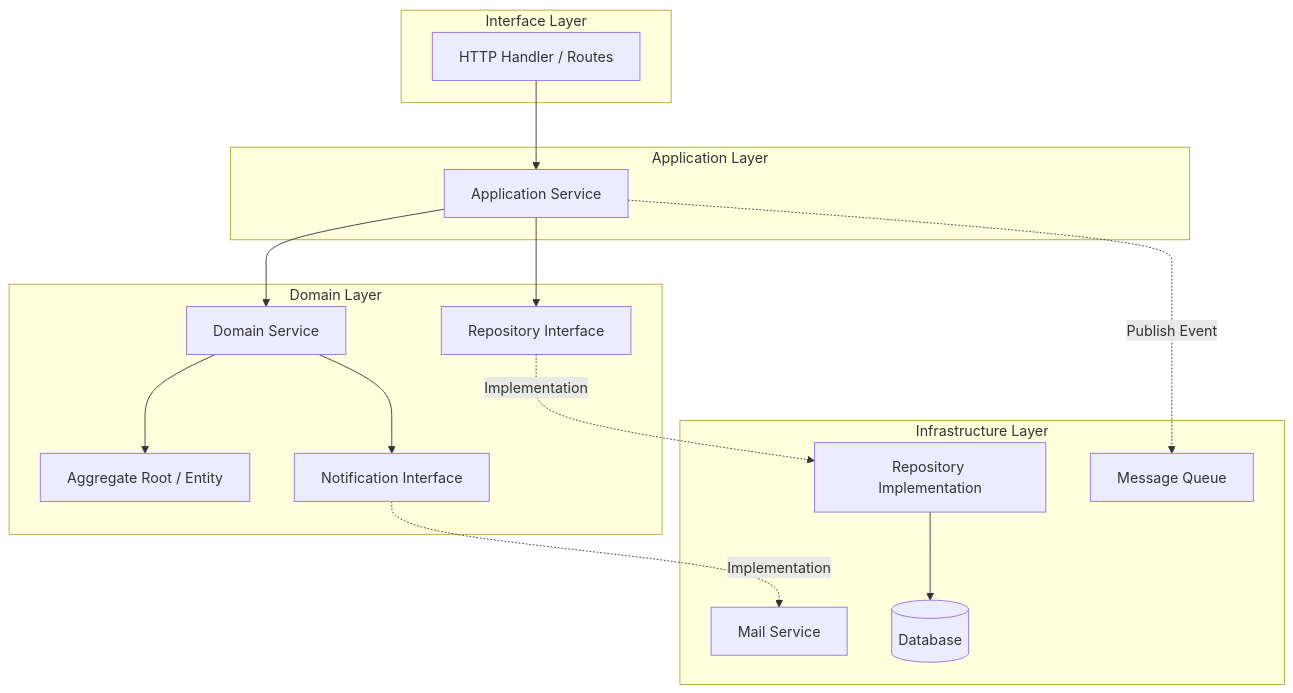
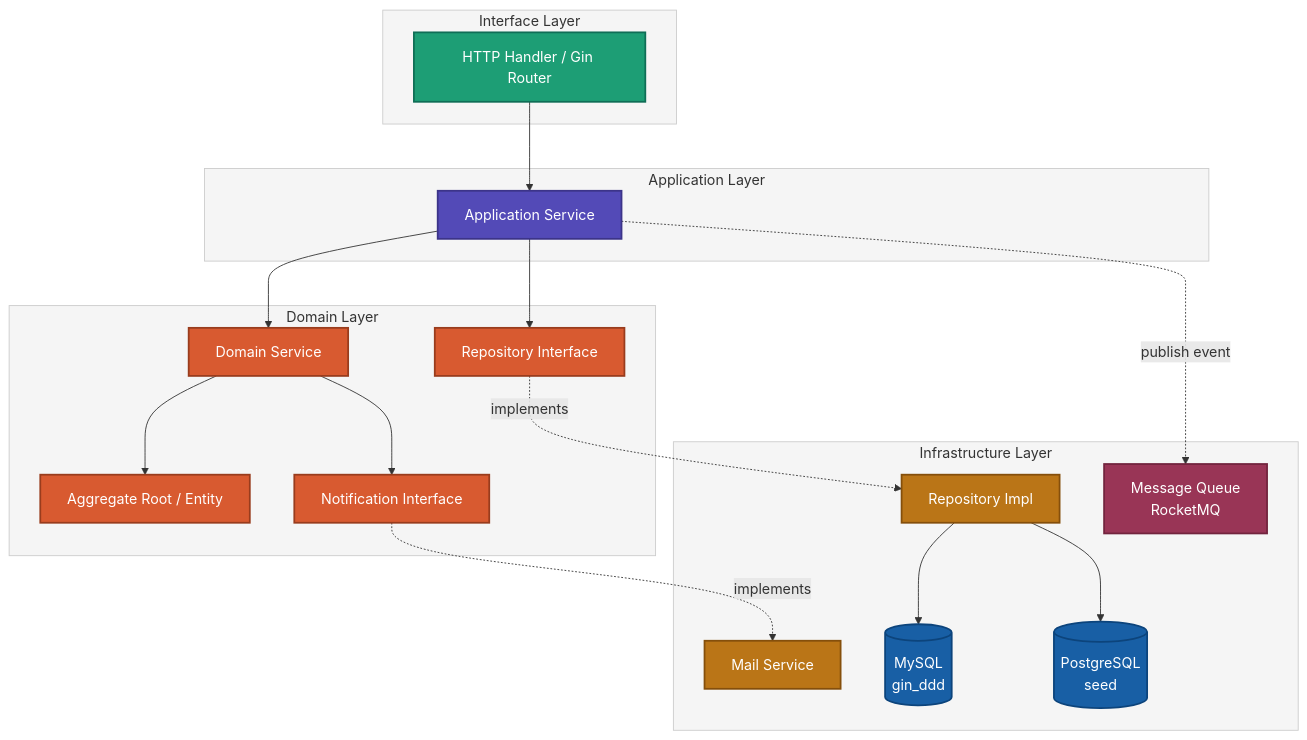
The diagram in practice-projects/gin-ddd/Gin-Framework-DDD-Scaffold-en.md (microwind/design-patterns), drawn with Mermaid before and after one commit. The commit also changed 3 other files, not shown here.

````diff
--- a/practice-projects/gin-ddd/Gin-Framework-DDD-Scaffold-en.md
+++ b/practice-projects/gin-ddd/Gin-Framework-DDD-Scaffold-en.md
@@ -44,34 +44,55 @@
 ```mermaid
 flowchart TB
-    subgraph InterfaceLayer["Interface Layer"]
-        Handler[HTTP Handler / Routes]
+    subgraph IF["Interface Layer"]
+        Handler["HTTP Handler / Gin Router"]
     end
 
-    subgraph ApplicationLayer["Application Layer"]
-        AppService[Application Service]
+    subgraph APP["Application Layer"]
+        AppService["Application Service"]
     end
 
-    subgraph DomainLayer["Domain Layer"]
-        DomainService[Domain Service]
-        Model[Aggregate Root / Entity]
-        RepoInterface[Repository Interface]
-        NotificationInterface[Notification Interface]
+    subgraph DOMAIN["Domain Layer"]
+        DomainService["Domain Service"]
+        Model["Aggregate Root / Entity"]
+        RepoInterface["Repository Interface"]
+        NotificationInterface["Notification Interface"]
     end
 
-    subgraph InfrastructureLayer["Infrastructure Layer"]
-        RepoImpl[Repository Implementation]
-        Mail[Mail Service]
-        MQ[Message Queue]
-        DB[(Database)]
+    subgraph INFRA["Infrastructure Layer"]
+        RepoImpl["Repository Impl"]
+        Mail["Mail Service"]
+        MQ["Message Queue<br/>RocketMQ"]
+        MySQL[("MySQL<br/>gin_ddd")]
+        PG[("PostgreSQL<br/>seed")]
     end
 
     Handler --> AppService
     AppService --> DomainService
     AppService --> RepoInterface
     DomainService --> Model
     DomainService --> NotificationInterface
-    RepoInterface -.Implementation.-> RepoImpl
-    NotificationInterface -.Implementation.-> Mail
-    RepoImpl --> DB
-    AppService -.Publish Event.-> MQ
+    RepoInterface -. implements .-> RepoImpl
+    NotificationInterface -. implements .-> Mail
+    RepoImpl --> MySQL
+    RepoImpl --> PG
+    AppService -. publish event .-> MQ
+
+    classDef if fill:#1D9E75,stroke:#0F6E56,color:#ffffff,stroke-width:2px
+    classDef app fill:#534AB7,stroke:#3C3489,color:#ffffff,stroke-width:2px
+    classDef domain fill:#D85A30,stroke:#993C1D,color:#ffffff,stroke-width:2px
+    classDef infra fill:#BA7517,stroke:#854F0B,color:#ffffff,stroke-width:2px
+    classDef db fill:#185FA5,stroke:#0C447C,color:#ffffff,stroke-width:2px
+    classDef event fill:#993556,stroke:#72243E,color:#ffffff,stroke-width:2px
+
+    class Handler if
+    class AppService app
+    class DomainService,Model,RepoInterface,NotificationInterface domain
+    class RepoImpl,Mail infra
+    class MQ event
+    class MySQL,PG db
+
+    style IF fill:#F5F5F5,stroke:#CCCCCC,color:#333333
+    style APP fill:#F5F5F5,stroke:#CCCCCC,color:#333333
+    style DOMAIN fill:#F5F5F5,stroke:#CCCCCC,color:#333333
+    style INFRA fill:#F5F5F5,stroke:#CCCCCC,color:#333333
 ```
````
